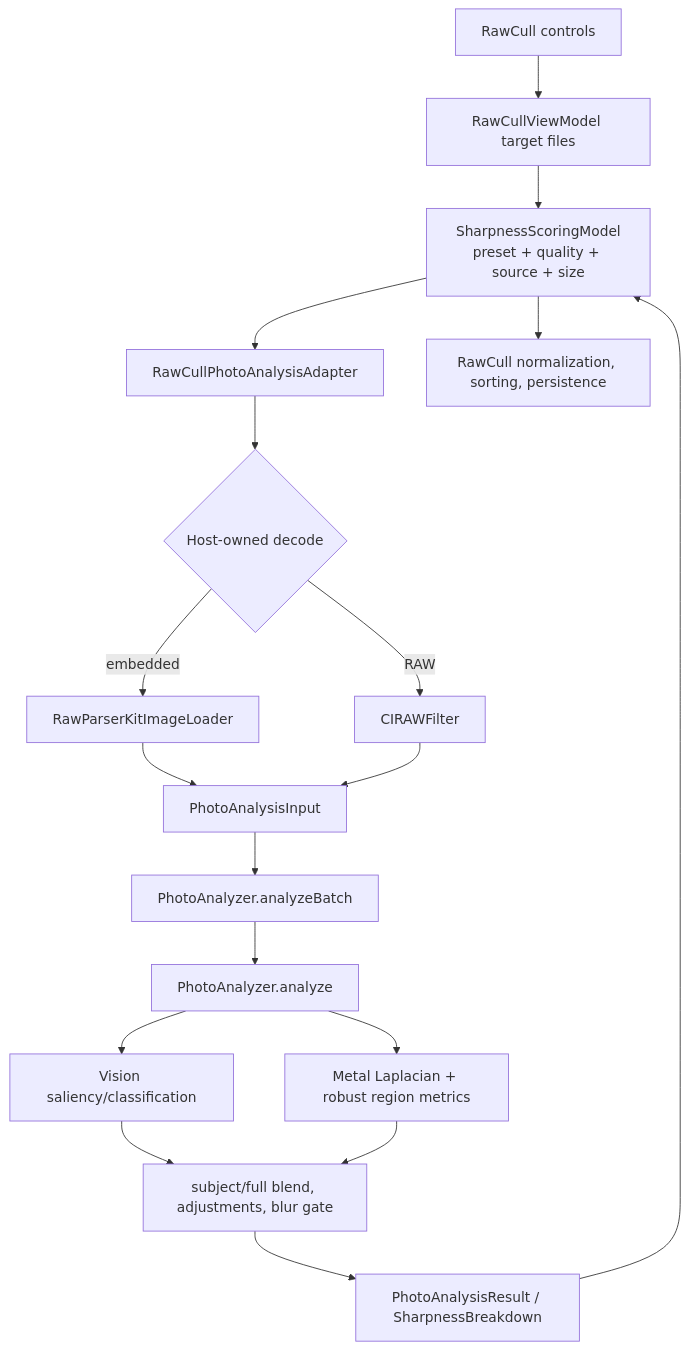
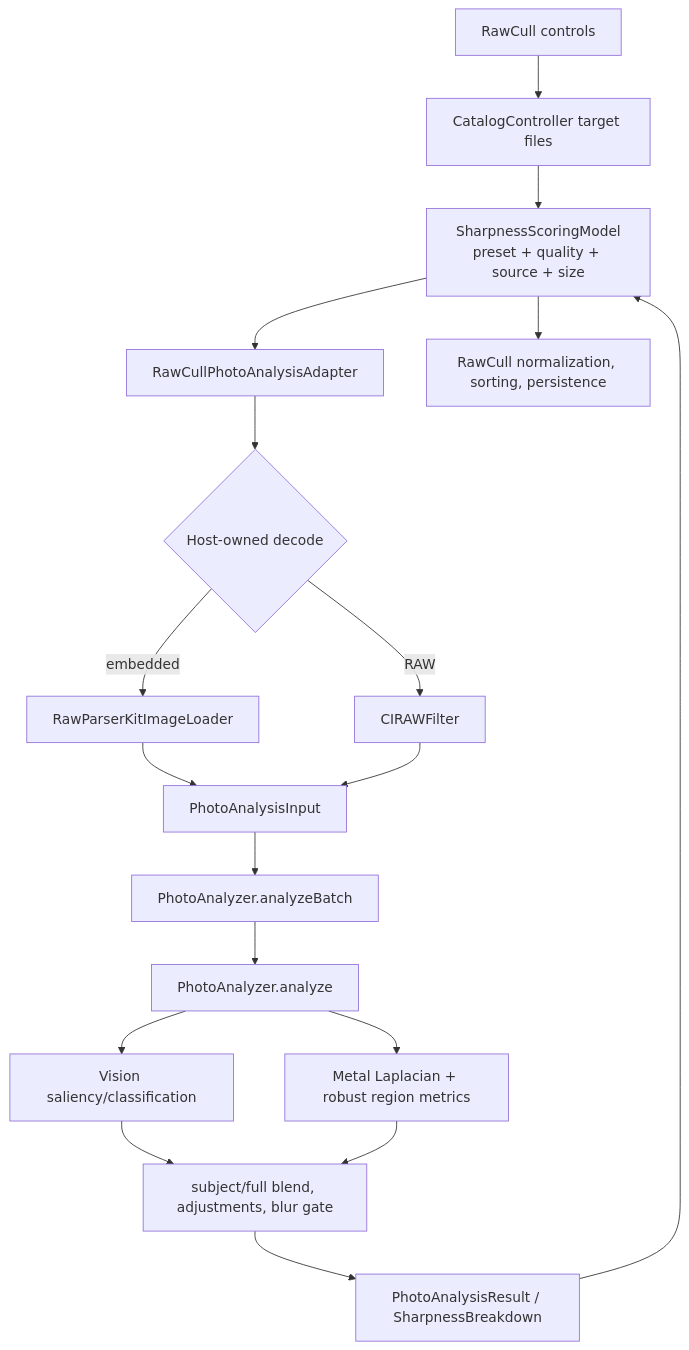
Before and after one commit to rsyncOSX/TechDocRawcull: the diagram in content/en/docs/detailsharpnessscoring.md, drawn with Mermaid. The commit also changed other lines of this file and 41 other files, not shown here.

````diff
--- a/content/en/docs/detailsharpnessscoring.md
+++ b/content/en/docs/detailsharpnessscoring.md
@@ -74,20 +74,20 @@
 ```mermaid
 flowchart TD
-    UI["RawCull controls"] --> RVM["RawCullViewModel target files"]
+    UI["RawCull controls"] --> RVM["CatalogController target files"]
     RVM --> SM["SharpnessScoringModel<br/>preset + quality + source + size"]
     SM --> ADAPTER["RawCullPhotoAnalysisAdapter"]
     ADAPTER --> DECODE{"Host-owned decode"}
     DECODE -->|"embedded"| RPK["RawParserKitImageLoader"]
     DECODE -->|"RAW"| CIRAW["CIRAWFilter"]
     RPK --> INPUT["PhotoAnalysisInput"]
     CIRAW --> INPUT
     INPUT --> BATCH["PhotoAnalyzer.analyzeBatch"]
     BATCH --> ANALYZE["PhotoAnalyzer.analyze"]
     ANALYZE --> VISION["Vision saliency/classification"]
     ANALYZE --> LAPLACIAN["Metal Laplacian + robust region metrics"]
     VISION --> BLEND["subject/full blend, adjustments, blur gate"]
     LAPLACIAN --> BLEND
     BLEND --> RESULT["PhotoAnalysisResult / SharpnessBreakdown"]
     RESULT --> SM
     SM --> PERSIST["RawCull normalization, sorting, persistence"]
 ```
````
